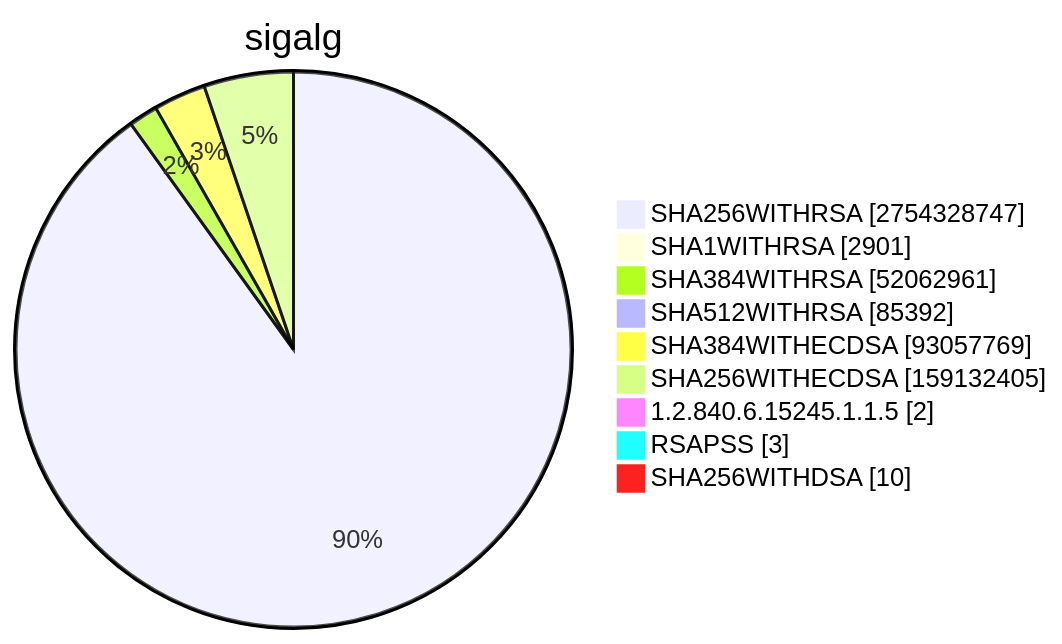
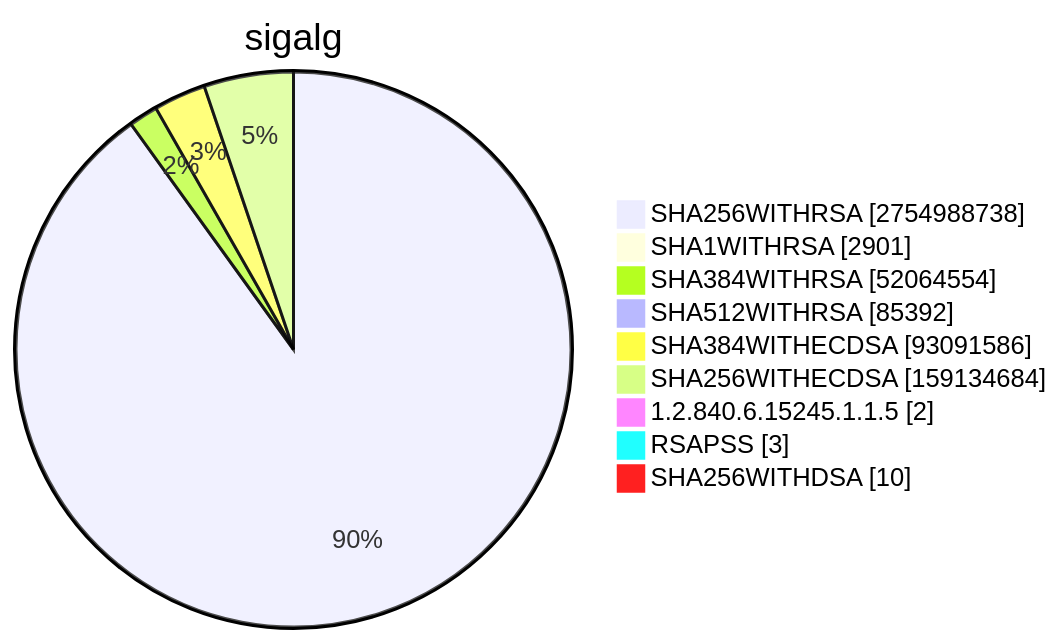
Diagram 15 of 15 in TOTAL/README.md (christiankrug/ctmonitor_visualization), drawn with Mermaid before and after one commit. The commit also changed other lines of this file, not shown here.

````diff
--- a/TOTAL/README.md
+++ b/TOTAL/README.md
@@ -6205,13 +6205,13 @@
 ```mermaid
 pie showData
 title sigalg
-"SHA256WITHRSA" :2754328747
+"SHA256WITHRSA" :2754988738
 "SHA1WITHRSA" :2901
-"SHA384WITHRSA" :52062961
+"SHA384WITHRSA" :52064554
 "SHA512WITHRSA" :85392
-"SHA384WITHECDSA" :93057769
-"SHA256WITHECDSA" :159132405
+"SHA384WITHECDSA" :93091586
+"SHA256WITHECDSA" :159134684
 "1.2.840.6.15245.1.1.5" :2
 "RSAPSS" :3
 "SHA256WITHDSA" :10
 ```
````
